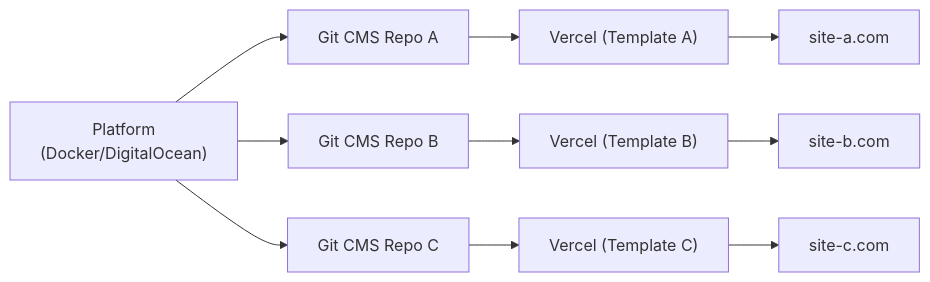
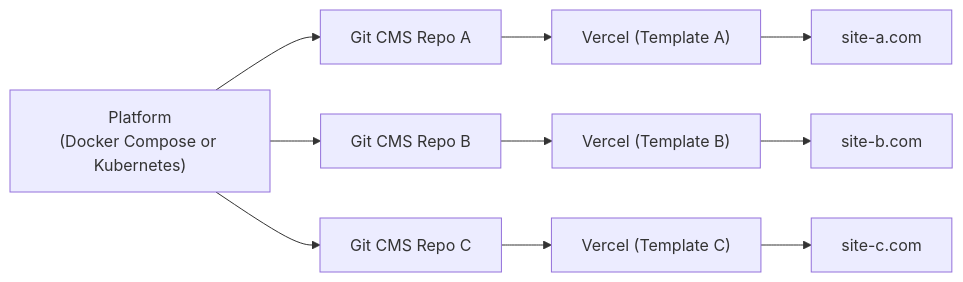
The fourth of 4 diagrams in docs/comparison.md (ever-works/ever-works), drawn with Mermaid before and after one commit. The commit also changed other lines of this file and 90 other files, not shown here.

````diff
--- a/docs/comparison.md
+++ b/docs/comparison.md
@@ -176,9 +233,9 @@
 ```mermaid
 flowchart LR
-    Platform["Platform<br/>(Docker/DigitalOcean)"] --> GitA["Git CMS Repo A"]
+    Platform["Platform<br/>(Docker Compose or Kubernetes)"] --> GitA["Git CMS Repo A"]
     Platform --> GitB["Git CMS Repo B"]
     Platform --> GitC["Git CMS Repo C"]
     GitA --> VercelA["Vercel (Template A)"] --> SiteA["site-a.com"]
     GitB --> VercelB["Vercel (Template B)"] --> SiteB["site-b.com"]
     GitC --> VercelC["Vercel (Template C)"] --> SiteC["site-c.com"]
 ```
````
